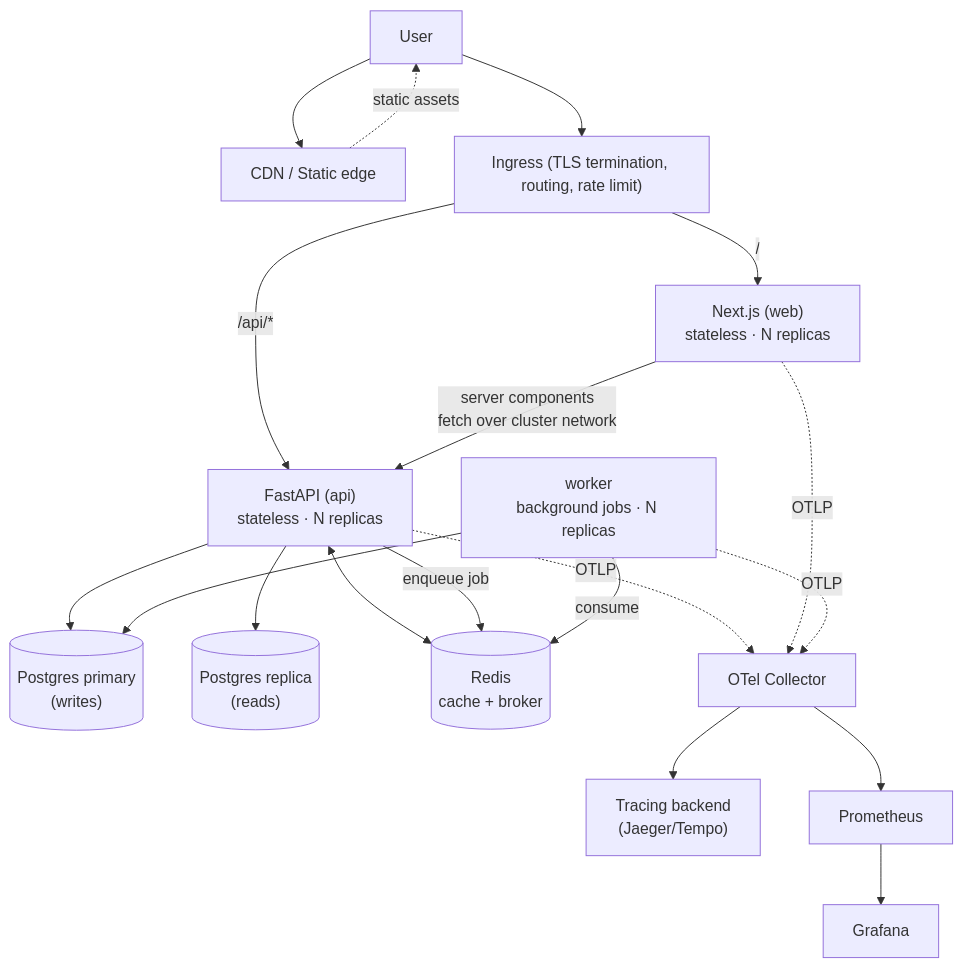
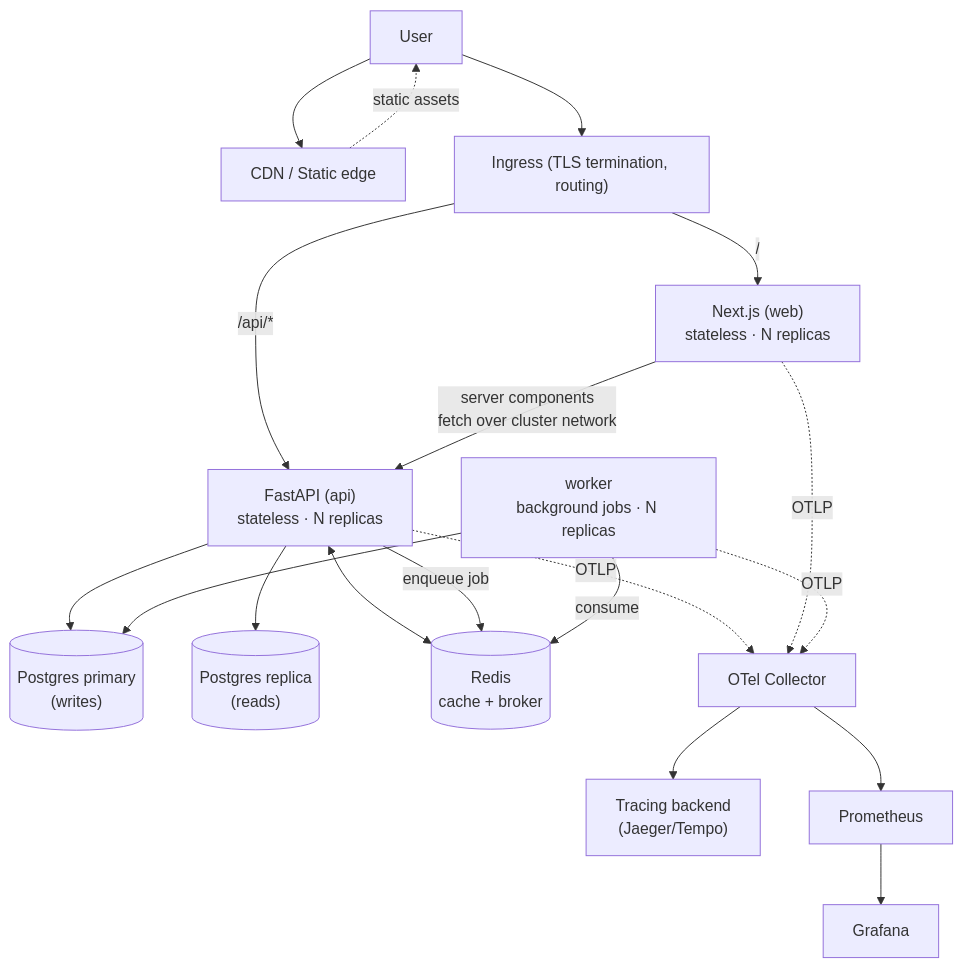
Before and after one commit to chriswu727/scalable-starter: the first of 4 diagrams in ARCHITECTURE.md, drawn with Mermaid. The commit also changed other lines of this file and 3 other files, not shown here.

````diff
--- a/ARCHITECTURE.md
+++ b/ARCHITECTURE.md
@@ -45,19 +45,19 @@
 ```mermaid
 flowchart TB
     U["User"] --> CDN["CDN / Static edge"]
-    U --> IG["Ingress (TLS termination, routing, rate limit)"]
+    U --> IG["Ingress (TLS termination, routing)"]
     CDN -. "static assets" .-> U
     IG -->|"/"| WEB["Next.js (web)\nstateless · N replicas"]
     IG -->|"/api/*"| API["FastAPI (api)\nstateless · N replicas"]
     WEB -->|"server components\nfetch over cluster network"| API
     API --> PGW[("Postgres primary\n(writes)")]
     API --> PGR[("Postgres replica\n(reads)")]
     API <--> REDIS[("Redis\ncache + broker")]
     API -- "enqueue job" --> REDIS
     WORKER["worker\nbackground jobs · N replicas"] -- "consume" --> REDIS
     WORKER --> PGW
     API & WEB & WORKER -. "OTLP" .-> OTEL["OTel Collector"]
     OTEL --> TRACING["Tracing backend\n(Jaeger/Tempo)"]
     OTEL --> METRICS["Prometheus"]
     METRICS --> GRAFANA["Grafana"]
 ```
````
